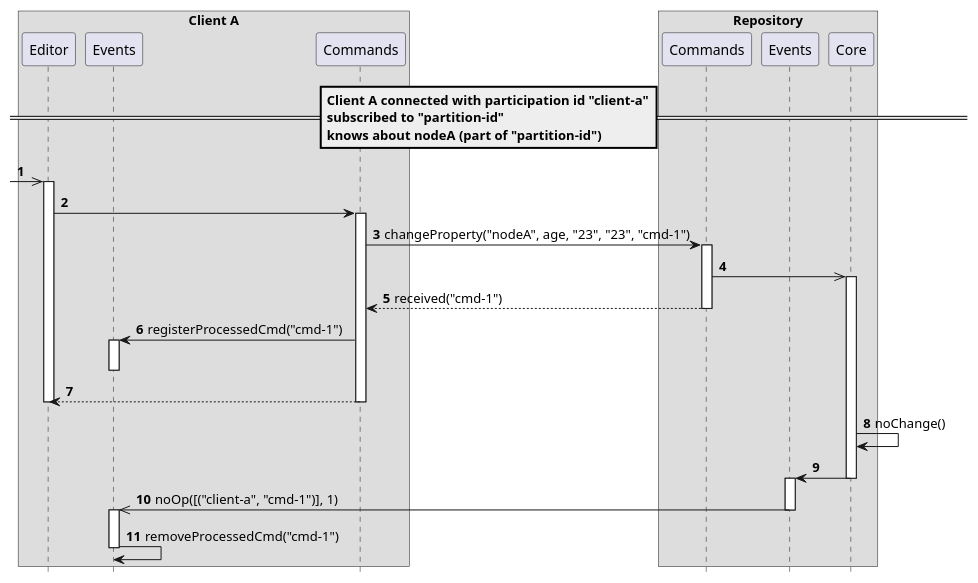
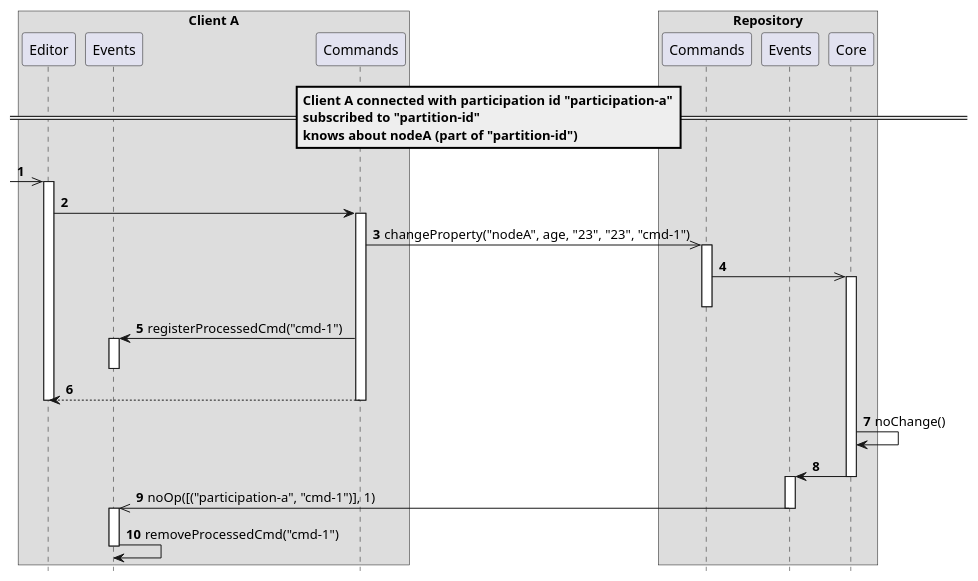
One commit to LionWeb-io/specification changed the diagram in delta/scenarios/changeSameValueRemoteUpdate.adoc. Above: the diagram before and after it, drawn with PlantUML. The commit also changed other lines of this file and 9 other files, not shown here.

```diff
--- a/delta/scenarios/changeSameValueRemoteUpdate.adoc
+++ b/delta/scenarios/changeSameValueRemoteUpdate.adoc
@@ -2,46 +2,45 @@
 [plantuml,changeSameValueRemoteUpdate,svg]
 ----
 hide footbox
 autonumber
 
 box "Client A"
   participant Editor as editor
   participant Events as clientEvent
   participant Commands as clientCmd
 end box
 
 box "Repository"
   participant Commands as repoCmd
   participant Events as repoEvent
   participant Core as core
 end box
 
-== Client A connected with participation id "client-a"\nsubscribed to "partition-id"\nknows about nodeA (part of "partition-id") ==
+== Client A connected with participation id "participation-a"\nsubscribed to "partition-id"\nknows about nodeA (part of "partition-id") ==
 
 [->> editor ++
 editor -> clientCmd ++
-clientCmd -> repoCmd ++: changeProperty("nodeA", age, "23", "23", "cmd-1")
+clientCmd ->> repoCmd ++: changeProperty("nodeA", age, "23", "23", "cmd-1")
 repoCmd ->> core
 activate core
-clientCmd <-- repoCmd: received("cmd-1")
 deactivate repoCmd
 clientCmd -> clientEvent: registerProcessedCmd("cmd-1")
 activate clientEvent
 deactivate clientEvent
 editor <-- clientCmd
 deactivate clientCmd
 deactivate editor
 
 core -> core: noChange()
 
 core -> repoEvent
 deactivate core
 
 activate repoEvent
-clientEvent <<- repoEvent: noOp([("client-a", "cmd-1")], 1)
+clientEvent <<- repoEvent: noOp([("participation-a", "cmd-1")], 1)
 deactivate repoEvent
 
 activate clientEvent
 clientEvent -> clientEvent: removeProcessedCmd("cmd-1")
 deactivate clientEvent
 ----
```
